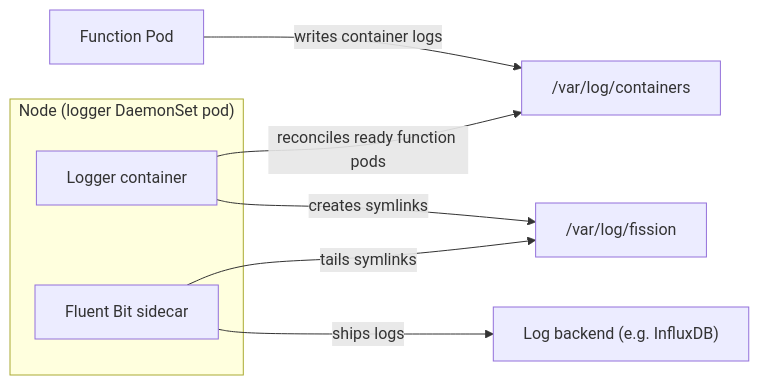
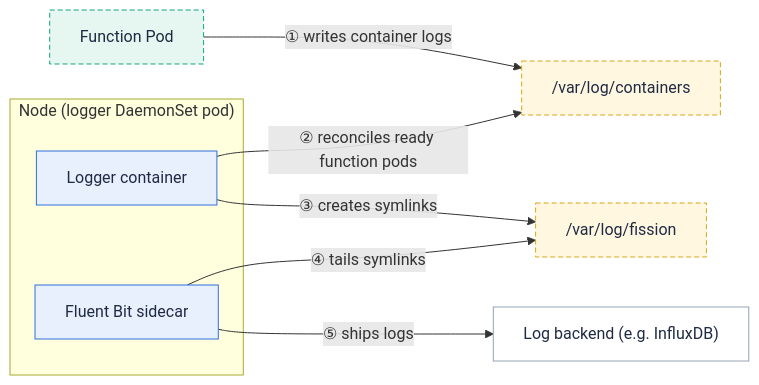
One commit to fission/fission.io changed the diagram in content/en/docs/architecture/logger.md. Above: the diagram before and after it, drawn with Mermaid. The commit also changed 30 other files, not shown here.

First line of the commit message:
Address PR feedback: zoomable diagrams, multi-color kit, centering, preview links

````diff
--- a/content/en/docs/architecture/logger.md
+++ b/content/en/docs/architecture/logger.md
@@ -22,12 +22,16 @@
 ```mermaid
 flowchart LR
-  fnpod["Function Pod"] -->|"writes container logs"| logfiles["/var/log/containers"]
+  fnpod["Function Pod"]:::pod -->|"① writes container logs"| logfiles["/var/log/containers"]:::store
   subgraph node["Node (logger DaemonSet pod)"]
-    logger["Logger container"]
-    shipper["Fluent Bit sidecar"]
+    logger["Logger container"]:::fission
+    shipper["Fluent Bit sidecar"]:::fission
   end
-  logger -->|"reconciles ready function pods"| logfiles
-  logger -->|"creates symlinks"| symlinks["/var/log/fission"]
-  shipper -->|"tails symlinks"| symlinks
-  shipper -->|"ships logs"| backend["Log backend (e.g. InfluxDB)"]
+  logger -->|"② reconciles ready function pods"| logfiles
+  logger -->|"③ creates symlinks"| symlinks["/var/log/fission"]:::store
+  shipper -->|"④ tails symlinks"| symlinks
+  shipper -->|"⑤ ships logs"| backend["Log backend (e.g. InfluxDB)"]:::user
+  classDef user fill:#ffffff,stroke:#94a3b8,color:#1f2a43
+  classDef fission fill:#e8f0fe,stroke:#2d70de,color:#1f2a43
+  classDef pod fill:#e6f7f1,stroke:#11a37f,color:#1f2a43,stroke-dasharray:5 3
+  classDef store fill:#fff7e0,stroke:#dba514,color:#1f2a43,stroke-dasharray:5 3
 ```
````
